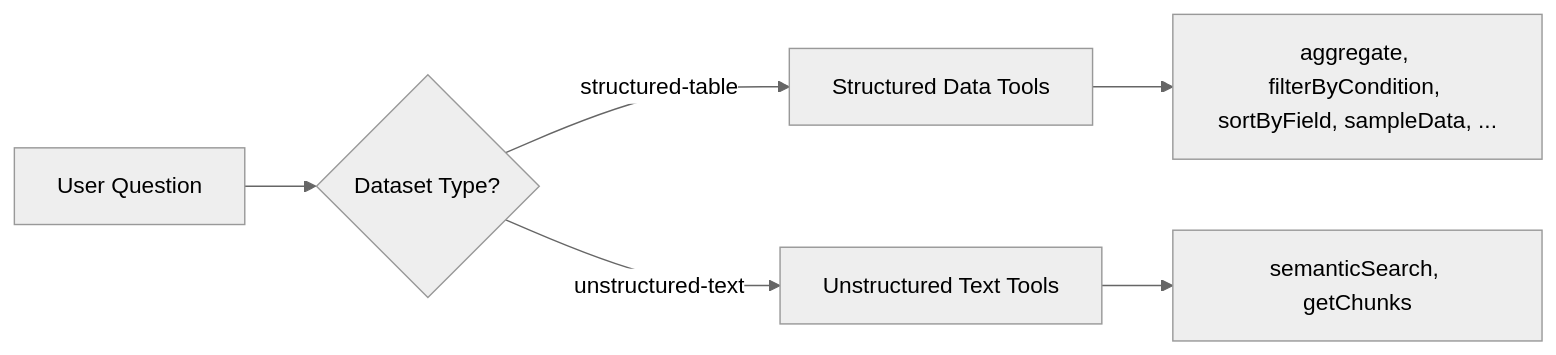
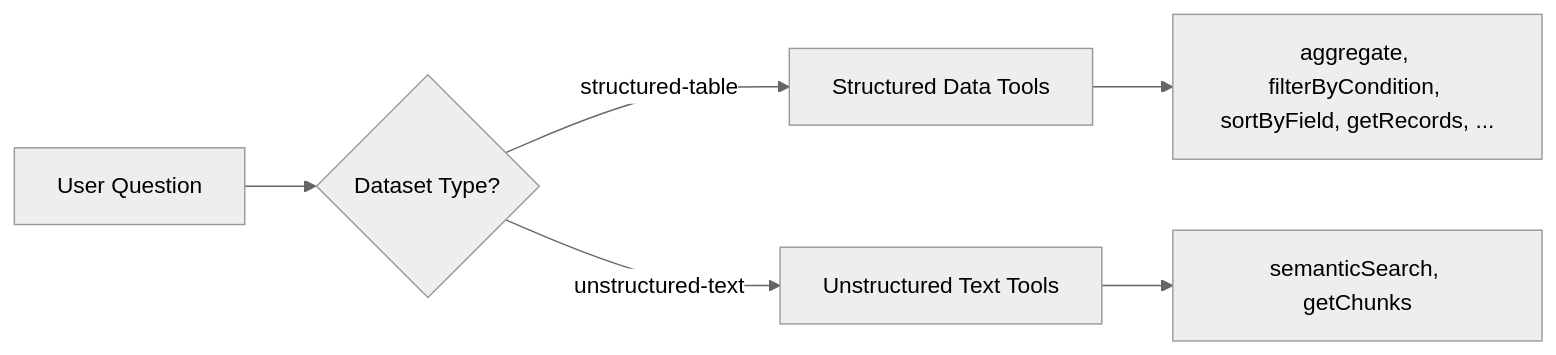
The third of 5 diagrams in docs/domain-knowledge/chat-system.md (hinora/data-analysis), drawn with Mermaid (neutral theme) before and after one commit. The commit also changed other lines of this file and 10 other files, not shown here.

First line of the commit message:
refactor: rename sampleData to getRecords, update runPythonScript for multiple tools

````diff
--- a/docs/domain-knowledge/chat-system.md
+++ b/docs/domain-knowledge/chat-system.md
@@ -145,8 +145,8 @@
 ```mermaid
 flowchart LR
     Q[User Question] --> DT{Dataset Type?}
     DT -->|structured-table| ST[Structured Data Tools]
     DT -->|unstructured-text| UT[Unstructured Text Tools]
-    ST --> R1[aggregate, filterByCondition, sortByField, sampleData, ...]
+    ST --> R1[aggregate, filterByCondition, sortByField, getRecords, ...]
     UT --> R2[semanticSearch, getChunks]
 ```
````
